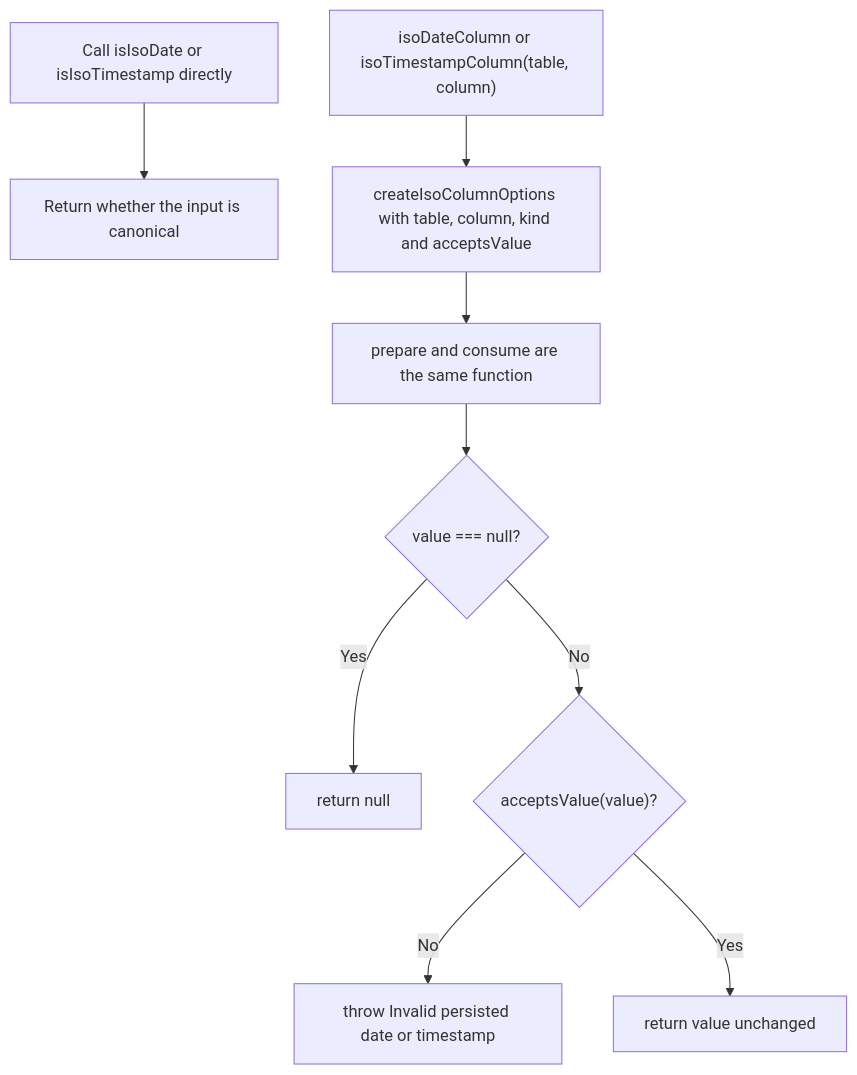
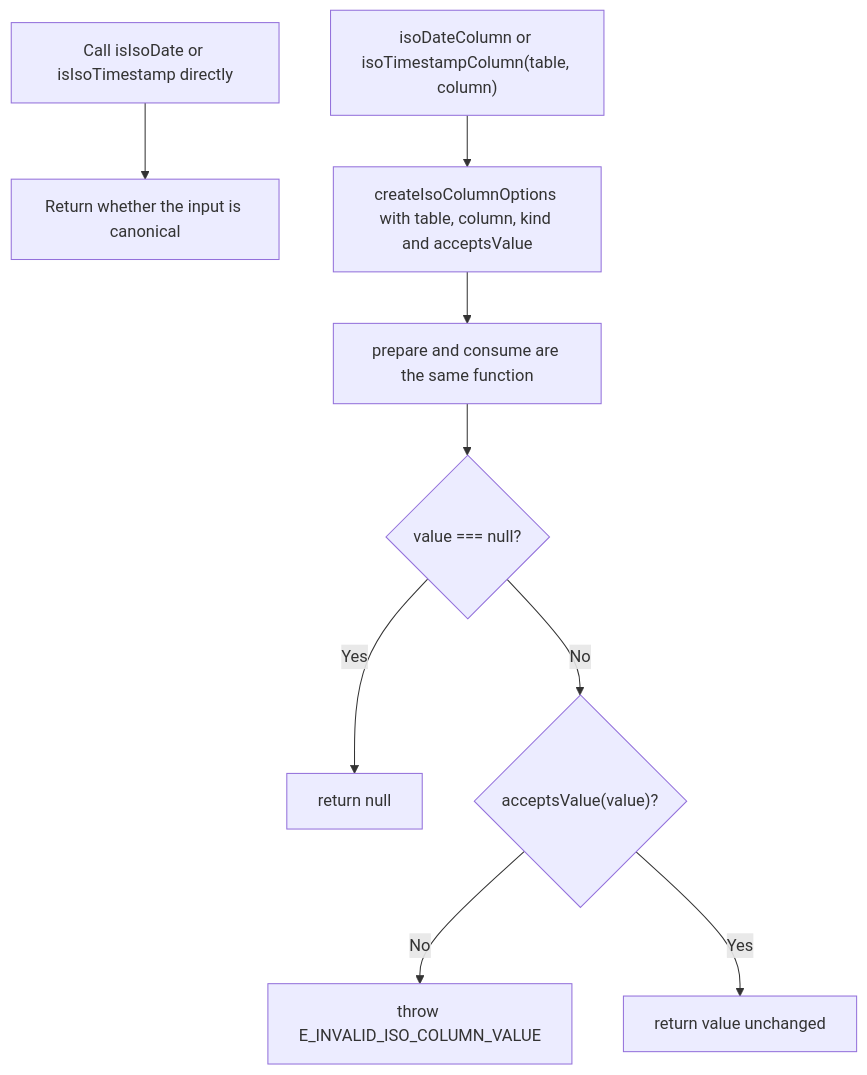
The second of 2 diagrams in user-stories/US-COLUMN-02-store-iso-date-or-timestamp.md (Kevinjohn/oss-adonisjs-lucid-checked-columns), drawn with Mermaid before and after one commit. The commit also changed other lines of this file and 14 other files, not shown here.

````diff
--- a/user-stories/US-COLUMN-02-store-iso-date-or-timestamp.md
+++ b/user-stories/US-COLUMN-02-store-iso-date-or-timestamp.md
@@ -41,11 +41,11 @@
 ```mermaid
 flowchart TD
     S["Call isIsoDate or isIsoTimestamp directly"] --> R["Return whether the input is canonical"]
     A["isoDateColumn or isoTimestampColumn(table, column)"] --> B["createIsoColumnOptions with table, column, kind and acceptsValue"]
     B --> C["prepare and consume are the same function"]
     C --> D{"value === null?"}
     D -->|Yes| E["return null"]
     D -->|No| F{"acceptsValue(value)?"}
-    F -->|No| G["throw Invalid persisted date or timestamp"]
+    F -->|No| G["throw E_INVALID_ISO_COLUMN_VALUE"]
     F -->|Yes| H["return value unchanged"]
 ```
````
